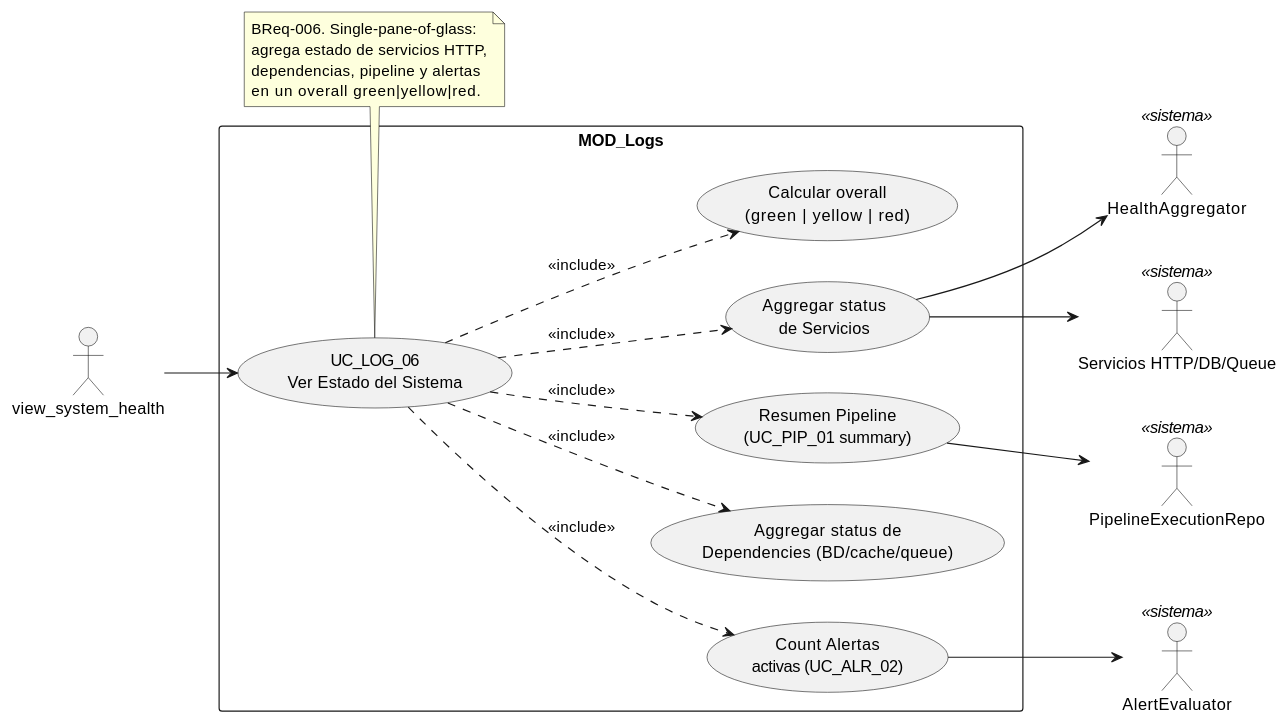
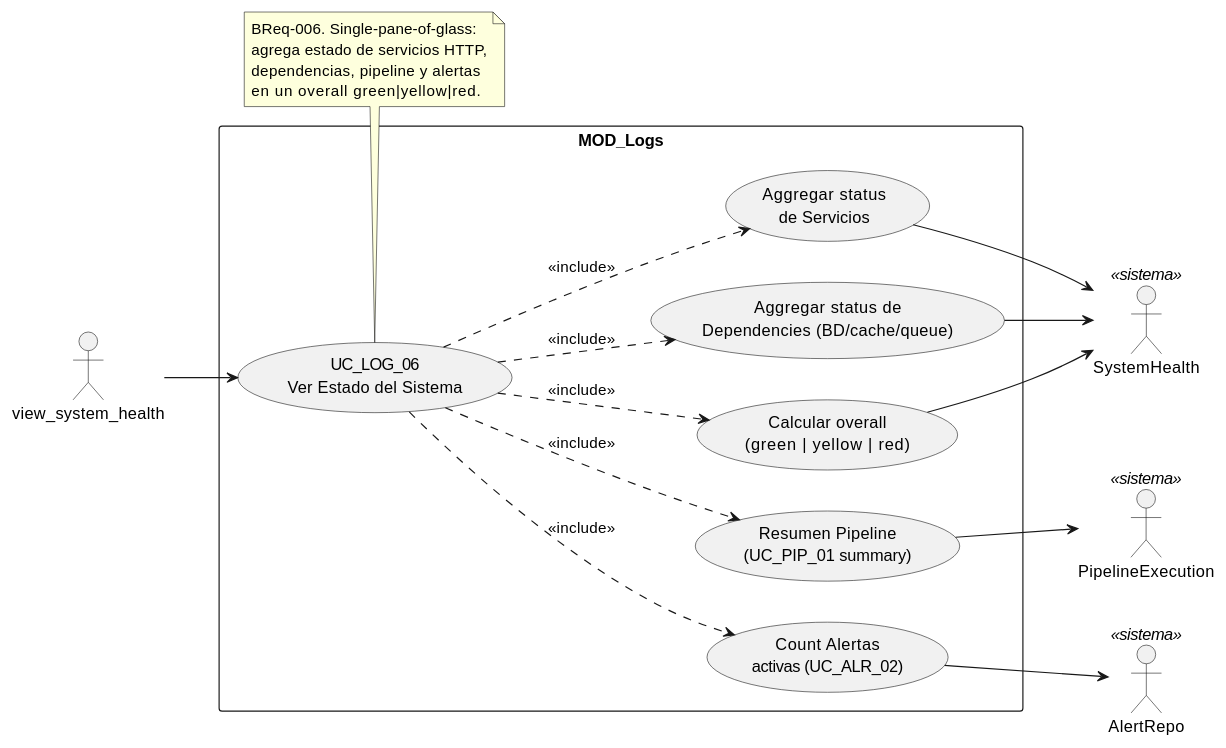
One commit to jcg-admin/IACT-docs changed the diagram in source/requisitos/casos-uso/logs/uc-log-06/diagramas-uml/diagrama-de-caso-de-uso.rst. Above: the diagram before and after it, drawn with PlantUML. The commit also changed other lines of this file and 52 other files, not shown here.

```diff
--- a/source/requisitos/casos-uso/logs/uc-log-06/diagramas-uml/diagrama-de-caso-de-uso.rst
+++ b/source/requisitos/casos-uso/logs/uc-log-06/diagramas-uml/diagrama-de-caso-de-uso.rst
@@ -4,42 +4,42 @@
 .. uml::
  :caption: UC_LOG_06 — actores y casos asociados
 
  @startuml
 
  left to right direction
 
  actor "view_system_health" as INVOKER
- actor "HealthAggregator" as AGG <<sistema>>
- actor "Servicios HTTP/DB/Queue" as SERVICIOS <<sistema>>
- actor "AlertEvaluator" as ALERTAS <<sistema>>
- actor "PipelineExecutionRepo" as PIPELINE_REPO <<sistema>>
+ actor "SystemHealth" as SH <<sistema>>
+ actor "PipelineExecution" as PE <<sistema>>
+ actor "AlertRepo" as AR <<sistema>>
 
  rectangle "MOD_Logs" {
    usecase "UC_LOG_06\nVer Estado del Sistema" as UC_LOG_06
    usecase "Aggregar status\nde Servicios" as STATUS_SVC
    usecase "Aggregar status de\nDependencies (BD/cache/queue)" as STATUS_DEP
    usecase "Resumen Pipeline\n(UC_PIP_01 summary)" as STATUS_ETL
    usecase "Count Alertas\nactivas (UC_ALR_02)" as STATUS_ALR
    usecase "Calcular overall\n(green | yellow | red)" as OVERALL
  }
 
  INVOKER --> UC_LOG_06
  UC_LOG_06 ..> STATUS_SVC : <<include>>
  UC_LOG_06 ..> STATUS_DEP : <<include>>
  UC_LOG_06 ..> STATUS_ETL : <<include>>
  UC_LOG_06 ..> STATUS_ALR : <<include>>
  UC_LOG_06 ..> OVERALL : <<include>>
 
- STATUS_SVC --> SERVICIOS
- STATUS_SVC --> AGG
- STATUS_ETL --> PIPELINE_REPO
- STATUS_ALR --> ALERTAS
+ STATUS_SVC --> SH
+ STATUS_DEP --> SH
+ STATUS_ETL --> PE
+ STATUS_ALR --> AR
+ OVERALL --> SH
 
  note bottom of UC_LOG_06
    BReq-006. Single-pane-of-glass:
    agrega estado de servicios HTTP,
    dependencias, pipeline y alertas
    en un overall green|yellow|red.
  end note
 
  @enduml
```
